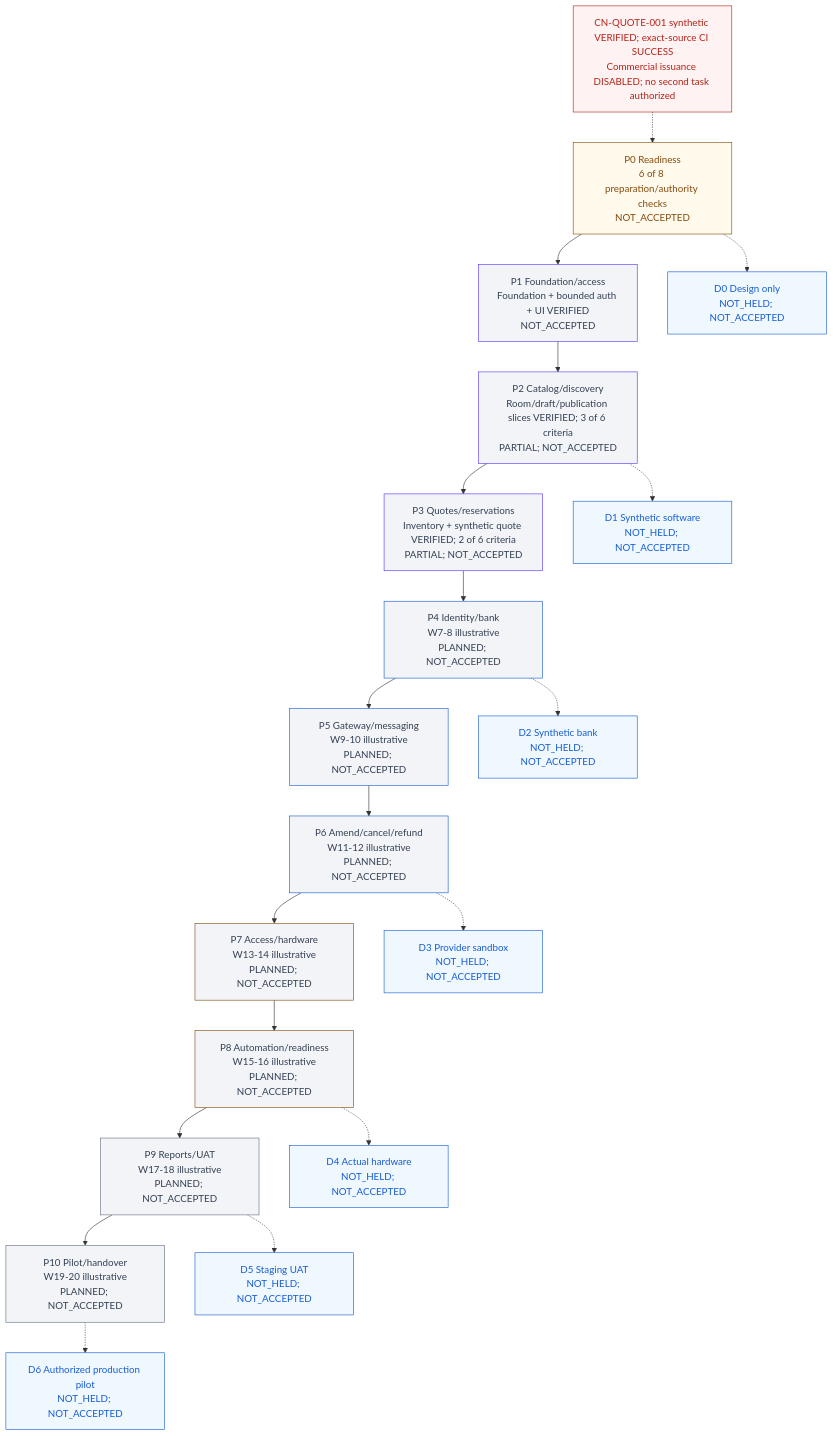
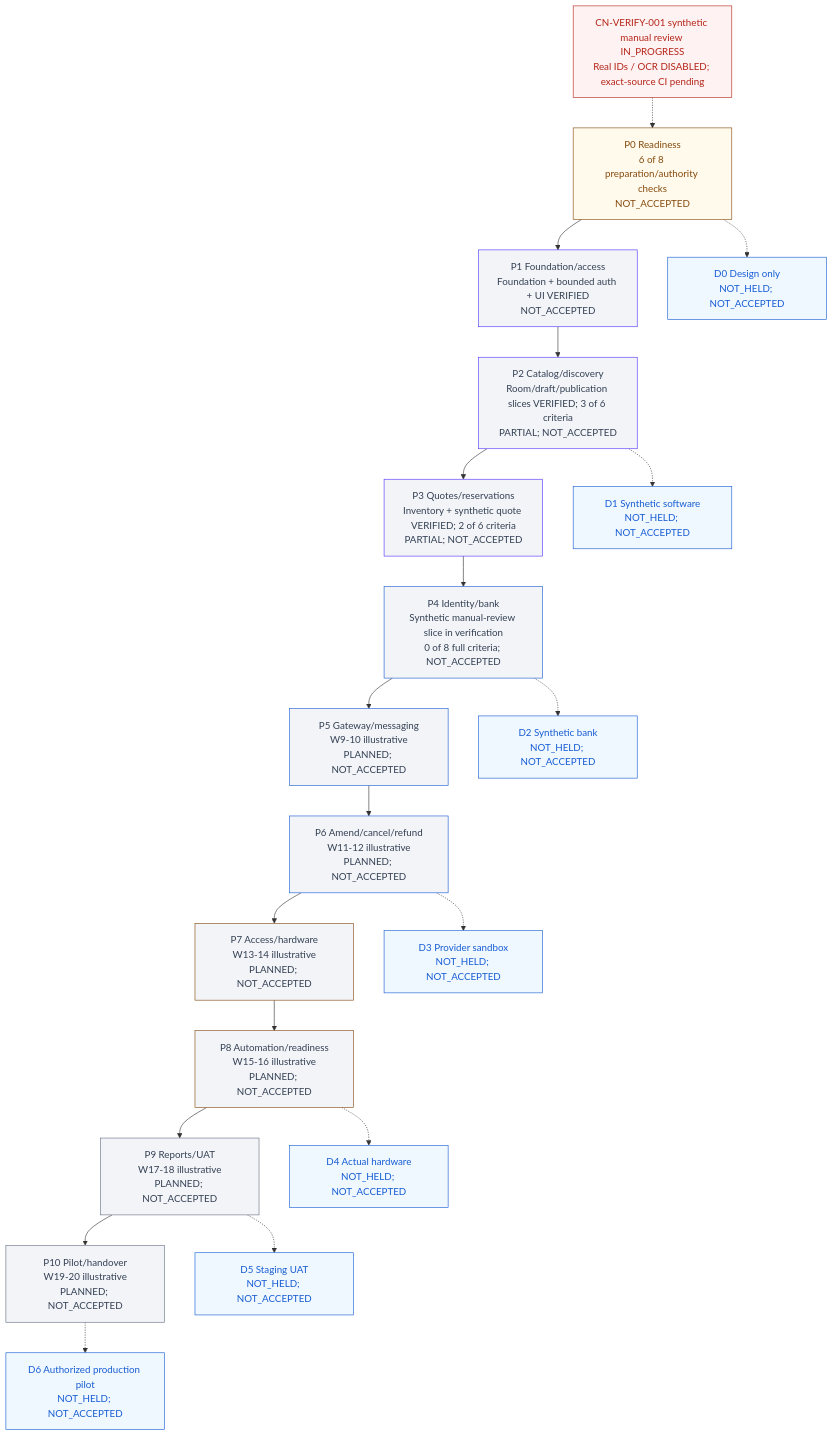
Before and after one commit to Hasitha3513/Theater-Project: the diagram in knowledge/PROGRESS.md, drawn with Mermaid. The commit also changed other lines of this file and 51 other files, not shown here.

Commit message:
feat(verification): add synthetic manual evidence review

````diff
--- a/knowledge/PROGRESS.md
+++ b/knowledge/PROGRESS.md
@@ -307,45 +307,45 @@
 ```mermaid
 flowchart TB
-  G["CN-QUOTE-001 synthetic VERIFIED; exact-source CI SUCCESS<br/>Commercial issuance DISABLED; no second task authorized"]
+  G["CN-VERIFY-001 synthetic manual review IN_PROGRESS<br/>Real IDs / OCR DISABLED; exact-source CI pending"]
   P0["P0 Readiness<br/>6 of 8 preparation/authority checks<br/>NOT_ACCEPTED"]
   P1["P1 Foundation/access<br/>Foundation + bounded auth + UI VERIFIED<br/>NOT_ACCEPTED"]
   P2["P2 Catalog/discovery<br/>Room/draft/publication slices VERIFIED; 3 of 6 criteria<br/>PARTIAL; NOT_ACCEPTED"]
   P3["P3 Quotes/reservations<br/>Inventory + synthetic quote VERIFIED; 2 of 6 criteria<br/>PARTIAL; NOT_ACCEPTED"]
-  P4["P4 Identity/bank<br/>W7-8 illustrative<br/>PLANNED; NOT_ACCEPTED"]
+  P4["P4 Identity/bank<br/>Synthetic manual-review slice in verification<br/>0 of 8 full criteria; NOT_ACCEPTED"]
   P5["P5 Gateway/messaging<br/>W9-10 illustrative<br/>PLANNED; NOT_ACCEPTED"]
   P6["P6 Amend/cancel/refund<br/>W11-12 illustrative<br/>PLANNED; NOT_ACCEPTED"]
   P7["P7 Access/hardware<br/>W13-14 illustrative<br/>PLANNED; NOT_ACCEPTED"]
   P8["P8 Automation/readiness<br/>W15-16 illustrative<br/>PLANNED; NOT_ACCEPTED"]
   P9["P9 Reports/UAT<br/>W17-18 illustrative<br/>PLANNED; NOT_ACCEPTED"]
   P10["P10 Pilot/handover<br/>W19-20 illustrative<br/>PLANNED; NOT_ACCEPTED"]
   G -.-> P0
   P0 --> P1 --> P2 --> P3 --> P4 --> P5 --> P6 --> P7 --> P8 --> P9 --> P10
   D0["D0 Design only<br/>NOT_HELD; NOT_ACCEPTED"]
   D1["D1 Synthetic software<br/>NOT_HELD; NOT_ACCEPTED"]
   D2["D2 Synthetic bank<br/>NOT_HELD; NOT_ACCEPTED"]
   D3["D3 Provider sandbox<br/>NOT_HELD; NOT_ACCEPTED"]
   D4["D4 Actual hardware<br/>NOT_HELD; NOT_ACCEPTED"]
   D5["D5 Staging UAT<br/>NOT_HELD; NOT_ACCEPTED"]
   D6["D6 Authorized production pilot<br/>NOT_HELD; NOT_ACCEPTED"]
   P0 -.-> D0
   P2 -.-> D1
   P4 -.-> D2
   P6 -.-> D3
   P8 -.-> D4
   P9 -.-> D5
   P10 -.-> D6
   classDef readiness fill:#FFFAEB,color:#854A0E,stroke:#854A0E;
   classDef foundation fill:#F2F4F7,color:#344054,stroke:#5135FF;
   classDef financial fill:#F2F4F7,color:#344054,stroke:#175CD3;
   classDef physical fill:#F2F4F7,color:#344054,stroke:#854A0E;
   classDef release fill:#F2F4F7,color:#344054,stroke:#667085;
   classDef blocked fill:#FEF3F2,color:#B42318,stroke:#B42318;
   classDef demo fill:#EFF8FF,color:#175CD3,stroke:#175CD3;
   class P0 readiness;
   class P1,P2,P3 foundation;
   class P4,P5,P6 financial;
   class P7,P8 physical;
   class P9,P10 release;
   class G blocked;
   class D0,D1,D2,D3,D4,D5,D6 demo;
 ```
````
